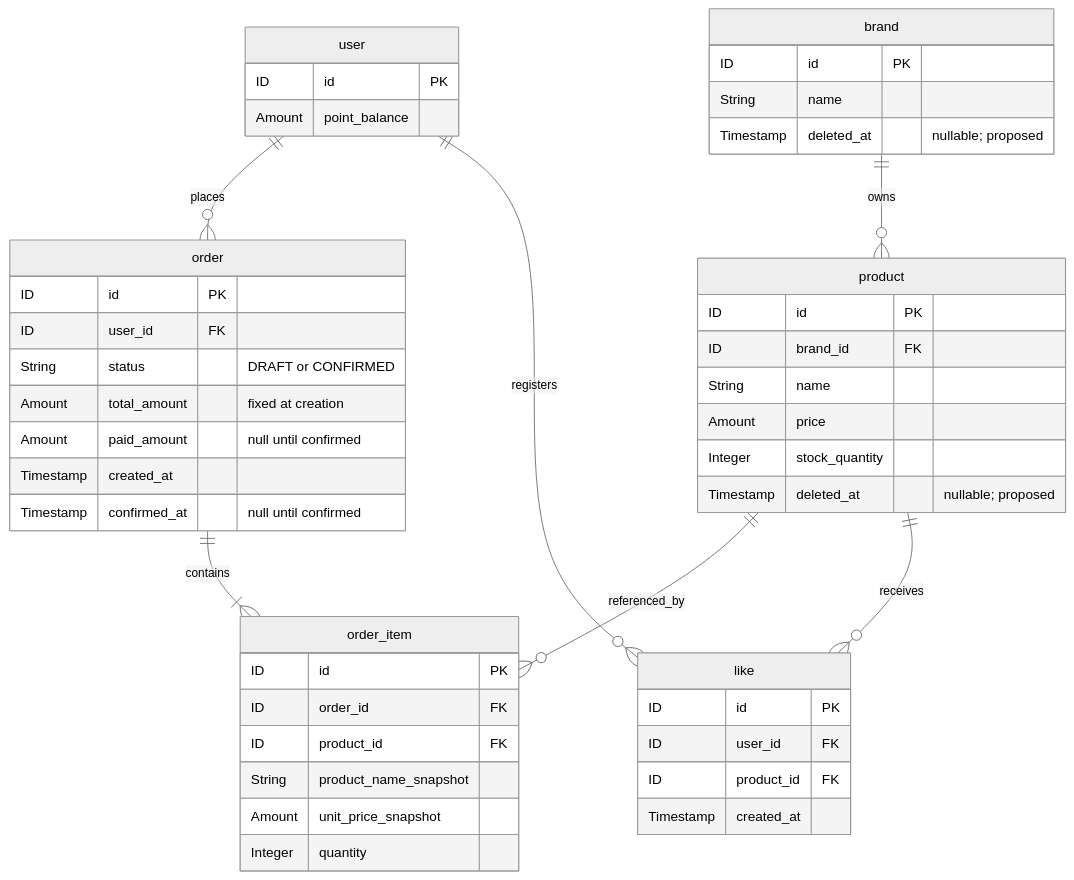
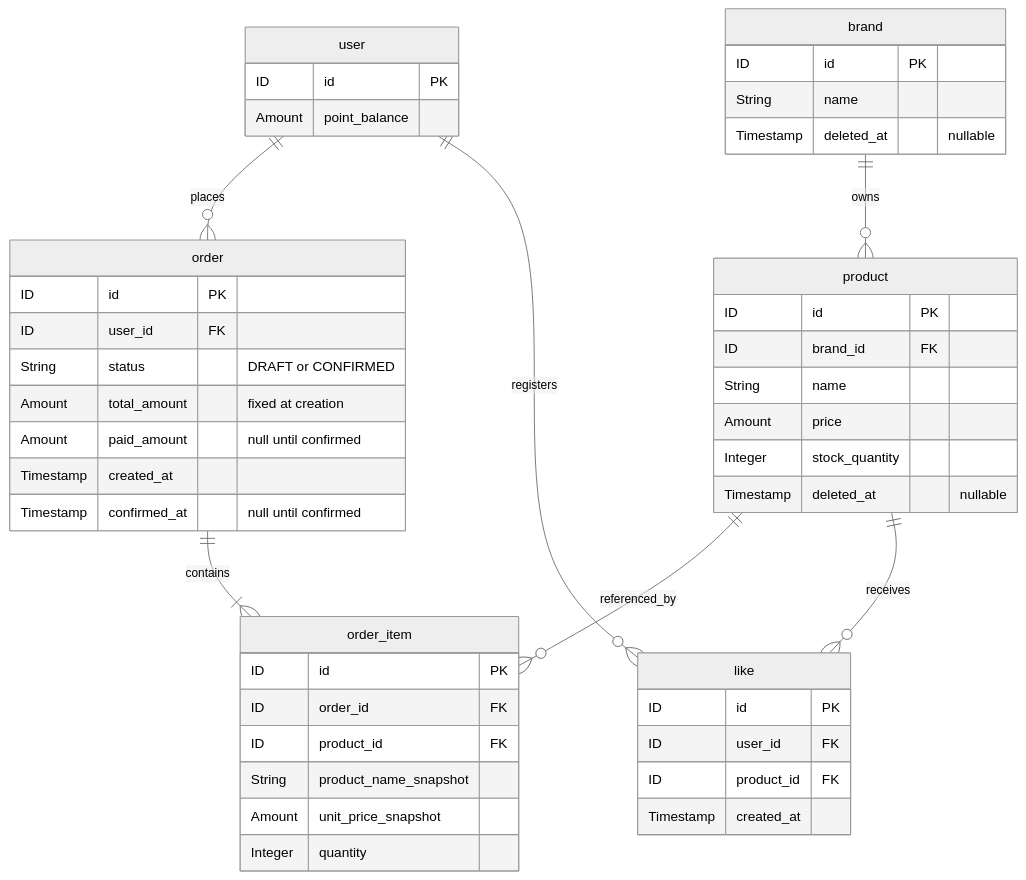
The third of 4 diagrams in docs/week2/commerce-erd-draft.md (loopers-labs/loop-pack-be-l2-vol5-java), drawn with Mermaid (neutral theme) before and after one commit. The commit also changed other lines of this file and 24 other files, not shown here.

````diff
--- a/docs/week2/commerce-erd-draft.md
+++ b/docs/week2/commerce-erd-draft.md
@@ -100,50 +194,50 @@
 ```mermaid
 erDiagram
     user ||--o{ order : places
     order ||--|{ order_item : contains
     brand ||--o{ product : owns
     product ||--o{ order_item : referenced_by
     user ||--o{ like : registers
     product ||--o{ like : receives
 
     user {
         ID id PK
         Amount point_balance
     }
     brand {
         ID id PK
         String name
-        Timestamp deleted_at "nullable; proposed"
+        Timestamp deleted_at "nullable"
     }
     product {
         ID id PK
         ID brand_id FK
         String name
         Amount price
         Integer stock_quantity
-        Timestamp deleted_at "nullable; proposed"
+        Timestamp deleted_at "nullable"
     }
     order {
         ID id PK
         ID user_id FK
         String status "DRAFT or CONFIRMED"
         Amount total_amount "fixed at creation"
         Amount paid_amount "null until confirmed"
         Timestamp created_at
         Timestamp confirmed_at "null until confirmed"
     }
     order_item {
         ID id PK
         ID order_id FK
         ID product_id FK
         String product_name_snapshot
         Amount unit_price_snapshot
         Integer quantity
     }
     like {
         ID id PK
         ID user_id FK
         ID product_id FK
         Timestamp created_at
     }
 ```
````
